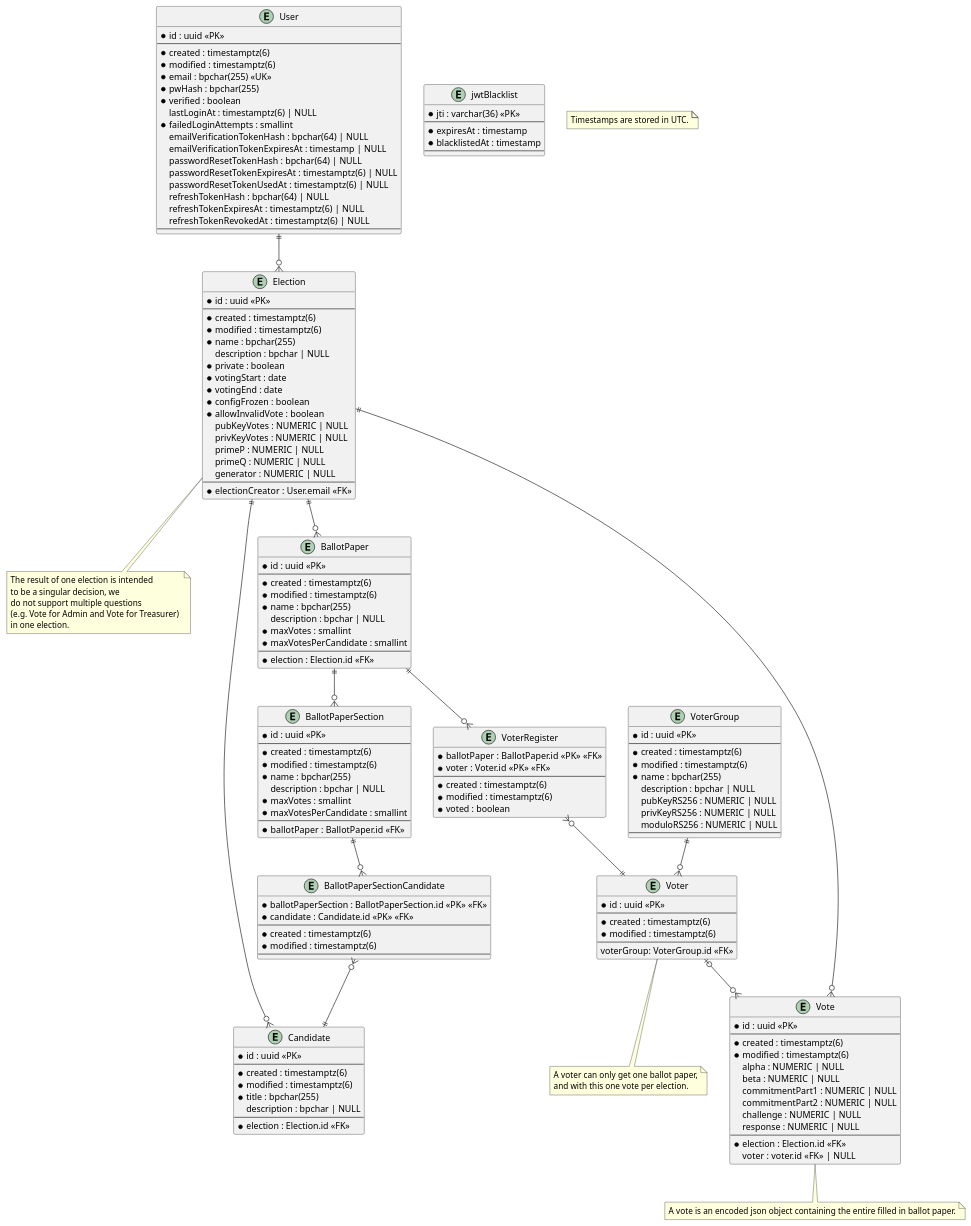
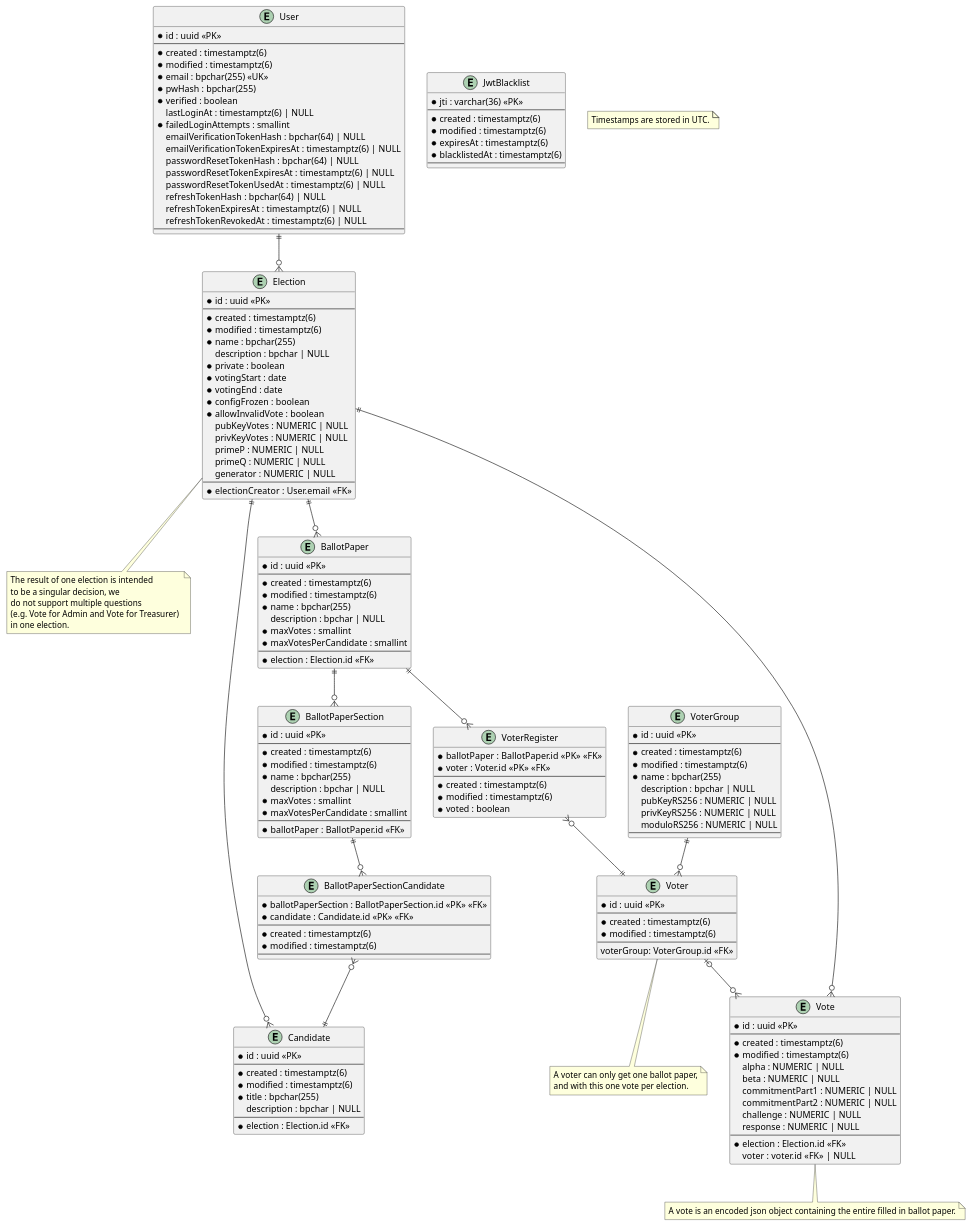
One commit to SE-UUlm/votura changed the diagram in apps/docs/static/uml/dataModel.puml. Above: the diagram before and after it, drawn with PlantUML. The commit also changed 2 other files, not shown here.

Commit message:
#80: Add  JwtBlacklist table to migration and update data model

```diff
--- a/apps/docs/static/uml/dataModel.puml
+++ b/apps/docs/static/uml/dataModel.puml
@@ -1,196 +1,198 @@
 @startuml dataModel
 
 entity "User" as user {
     * id : uuid <<PK>>
     --
     * created : timestamptz(6)
     * modified : timestamptz(6)
     * email : bpchar(255) <<UK>>
     * pwHash : bpchar(255)
     * verified : boolean
     lastLoginAt : timestamptz(6) | NULL
     ' failed login attemtps get reset on successful login
     * failedLoginAttempts : smallint
     '* isAdmin : boolean
     emailVerificationTokenHash : bpchar(64) | NULL
-    emailVerificationTokenExpiresAt : timestamp | NULL
+    emailVerificationTokenExpiresAt : timestamptz(6) | NULL
     passwordResetTokenHash : bpchar(64) | NULL
     passwordResetTokenExpiresAt : timestamptz(6) | NULL
     passwordResetTokenUsedAt : timestamptz(6) | NULL
     refreshTokenHash : bpchar(64) | NULL
     refreshTokenExpiresAt : timestamptz(6) | NULL
     refreshTokenRevokedAt : timestamptz(6) | NULL
     --
 }
 
-entity "jwtBlacklist" as jwtBlacklist {
+entity "JwtBlacklist" as jwtBlacklist {
     ' this table is used to store blacklisted access tokens
     ' The jti is 36 characters long if we use UUIDv4
     * jti : varchar(36) <<PK>>
     --
-    * expiresAt : timestamp
-    * blacklistedAt : timestamp
+    * created : timestamptz(6)
+    * modified : timestamptz(6)
+    * expiresAt : timestamptz(6)
+    * blacklistedAt : timestamptz(6)
     --
 }
 
 entity "Election" as elections {
     * id : uuid <<PK>>
     --
     * created : timestamptz(6)
     * modified : timestamptz(6)
     * name : bpchar(255)
     description : bpchar | NULL
     * private : boolean
     * votingStart : date
     * votingEnd : date
     * configFrozen : boolean
     * allowInvalidVote : boolean
     ' Is there a use case for `votesCounted`?
     ' * votesCounted : boolean
     ' Computed values such as validVotes and invalidVotes are critical - do we really want to store them?
     ' validVotes : integer | NULL
     ' invalidVotes : integer | NULL
     pubKeyVotes : NUMERIC | NULL
     privKeyVotes : NUMERIC | NULL
     primeP : NUMERIC | NULL
     primeQ : NUMERIC | NULL
     generator : NUMERIC | NULL
     --
     * electionCreator : User.email <<FK>>
 }
 
 note as N2
 The result of one election is intended 
 to be a singular decision, we 
 do not support multiple questions 
 (e.g. Vote for Admin and Vote for Treasurer) 
 in one election.
 end note
 
 entity "BallotPaper" as ballotPapers {
     * id : uuid <<PK>>
     --
     * created : timestamptz(6)
     * modified : timestamptz(6)
     * name : bpchar(255)
     description : bpchar | NULL
     * maxVotes : smallint
     * maxVotesPerCandidate : smallint
     --
     * election : Election.id <<FK>>
 }
 
 entity "BallotPaperSection" as ballotPaperSections {
     * id : uuid <<PK>>
     --
     * created : timestamptz(6)
     * modified : timestamptz(6)
     * name : bpchar(255)
     description : bpchar | NULL
     * maxVotes : smallint
     * maxVotesPerCandidate : smallint
     --
     * ballotPaper : BallotPaper.id <<FK>>
 }
 ' note as C_2
 ' If at least two ballotPaperSections are created for one ballotPaper, 
 ' the name field of the ballotPaperSections is mandatory.
 ' end note
 
 entity "BallotPaperSectionCandidate" as ballotPaperSectionCandidates {
     * ballotPaperSection : BallotPaperSection.id <<PK>> <<FK>>
     * candidate : Candidate.id <<PK>> <<FK>>
     --
     * created : timestamptz(6)
     * modified : timestamptz(6)
     --
 }
 
 entity "Candidate" as candidates {
     * id : uuid <<PK>>
     --
     * created : timestamptz(6)
     * modified : timestamptz(6)
     * title : bpchar(255)
     description : bpchar | NULL
     --
     * election : Election.id <<FK>>
 }
 
 entity "Vote" as votes {
     * id : uuid <<PK>>
     --
     * created : timestamptz(6)
     * modified : timestamptz(6)
     alpha : NUMERIC | NULL
     beta : NUMERIC | NULL
     commitmentPart1 : NUMERIC | NULL
     commitmentPart2 : NUMERIC | NULL
     challenge : NUMERIC | NULL
     response : NUMERIC | NULL
     --
     * election : Election.id <<FK>>
     ' if the vote isn't secret, voter can be saved
     voter : voter.id <<FK>> | NULL
 }
 note as N4
 A vote is an encoded json object containing the entire filled in ballot paper.
 end note
 
 entity "VoterRegister" as voterRegisters {
     * ballotPaper : BallotPaper.id <<PK>> <<FK>>
     * voter : Voter.id <<PK>> <<FK>>
     --
     * created : timestamptz(6)
     * modified : timestamptz(6)
     * voted : boolean
 }
 
 entity "Voter" as voters {
     * id : uuid <<PK>>
     --
     * created : timestamptz(6)
     * modified : timestamptz(6)
     --
     voterGroup: VoterGroup.id <<FK>>
 }
 note as N3
 A voter can only get one ballot paper,
 and with this one vote per election.
 end note
 
 entity "VoterGroup" as voterGroups {
     * id : uuid <<PK>>
     --
     * created : timestamptz(6)
     * modified : timestamptz(6)
     * name : bpchar(255)
     description : bpchar | NULL
     pubKeyRS256 : NUMERIC | NULL
     privKeyRS256 : NUMERIC | NULL
     moduloRS256 : NUMERIC | NULL
     --
 }
 
 note as N1
 Timestamps are stored in UTC.
 end note
 
 user ||--o{ elections
 elections ||--o{ ballotPapers
 elections -- N2
 elections ||--o{ candidates
 ballotPapers ||--o{ voterRegisters
 voterRegisters }o--|| voters
 ballotPapers ||--o{ ballotPaperSections
 ' ballotPaperSections -- C_2
 ballotPaperSections ||--o{ ballotPaperSectionCandidates
 ballotPaperSectionCandidates }o--|| candidates
 votes }o--|| elections
 voters |o--o{ votes
 voterGroups ||--o{ voters
 voters -- N3
 votes -- N4
 
 
 @enduml
```
